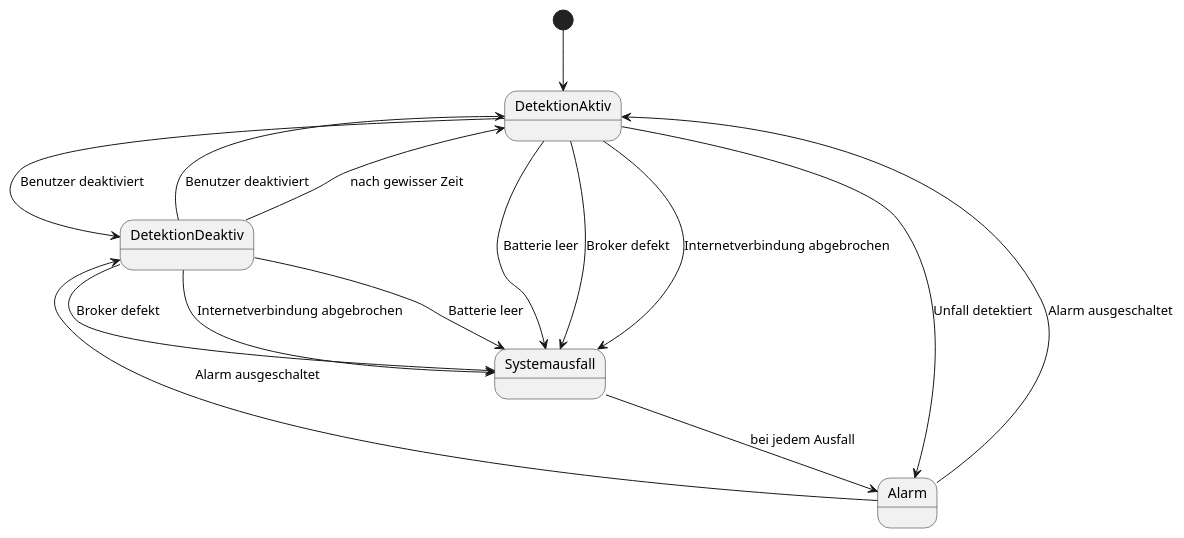
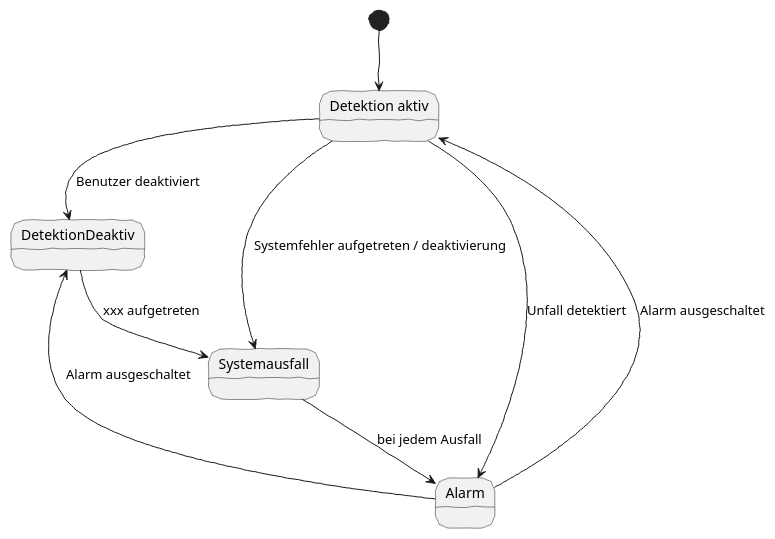
Before and after one commit to KonstantinFrank01/safer-pool-docs: the third of 4 diagrams in asciidocs/index.adoc, drawn with PlantUML. The commit also changed other lines of this file, not shown here.

Commit message:
Changed Signal to Sensor and add latest version of the state diagram

```diff
--- a/asciidocs/index.adoc
+++ b/asciidocs/index.adoc
@@ -125,24 +125,19 @@
 [plantuml]
 ----
 @startuml
+skinparam handwritten true
+
 [*] --> DetektionAktiv
+state "Detektion aktiv" as DetektionAktiv
 DetektionAktiv --> DetektionDeaktiv : Benutzer deaktiviert
-DetektionDeaktiv --> DetektionAktiv : Benutzer deaktiviert
-DetektionDeaktiv --> DetektionAktiv : nach gewisser Zeit
 
-DetektionAktiv --> Systemausfall : Batterie leer
-DetektionAktiv --> Systemausfall : Broker defekt
-DetektionAktiv --> Systemausfall : Internetverbindung abgebrochen
-
-DetektionDeaktiv --> Systemausfall : Batterie leer
-DetektionDeaktiv --> Systemausfall : Broker defekt
-DetektionDeaktiv --> Systemausfall : Internetverbindung abgebrochen
-
+DetektionAktiv --> Systemausfall : Systemfehler aufgetreten / deaktivierung
+DetektionDeaktiv --> Systemausfall : xxx aufgetreten
 DetektionAktiv --> Alarm : Unfall detektiert
-
 Systemausfall --> Alarm : bei jedem Ausfall
 
 Alarm --> DetektionAktiv : Alarm ausgeschaltet
 Alarm --> DetektionDeaktiv : Alarm ausgeschaltet
+
 @enduml
 ----
```
